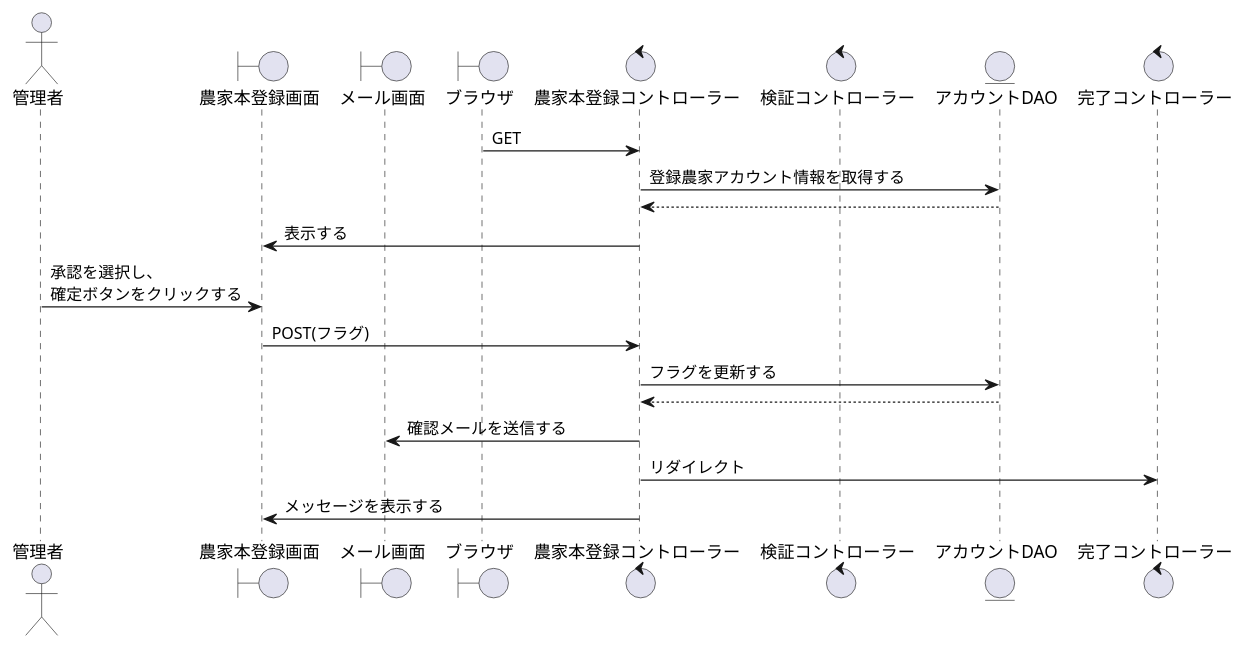
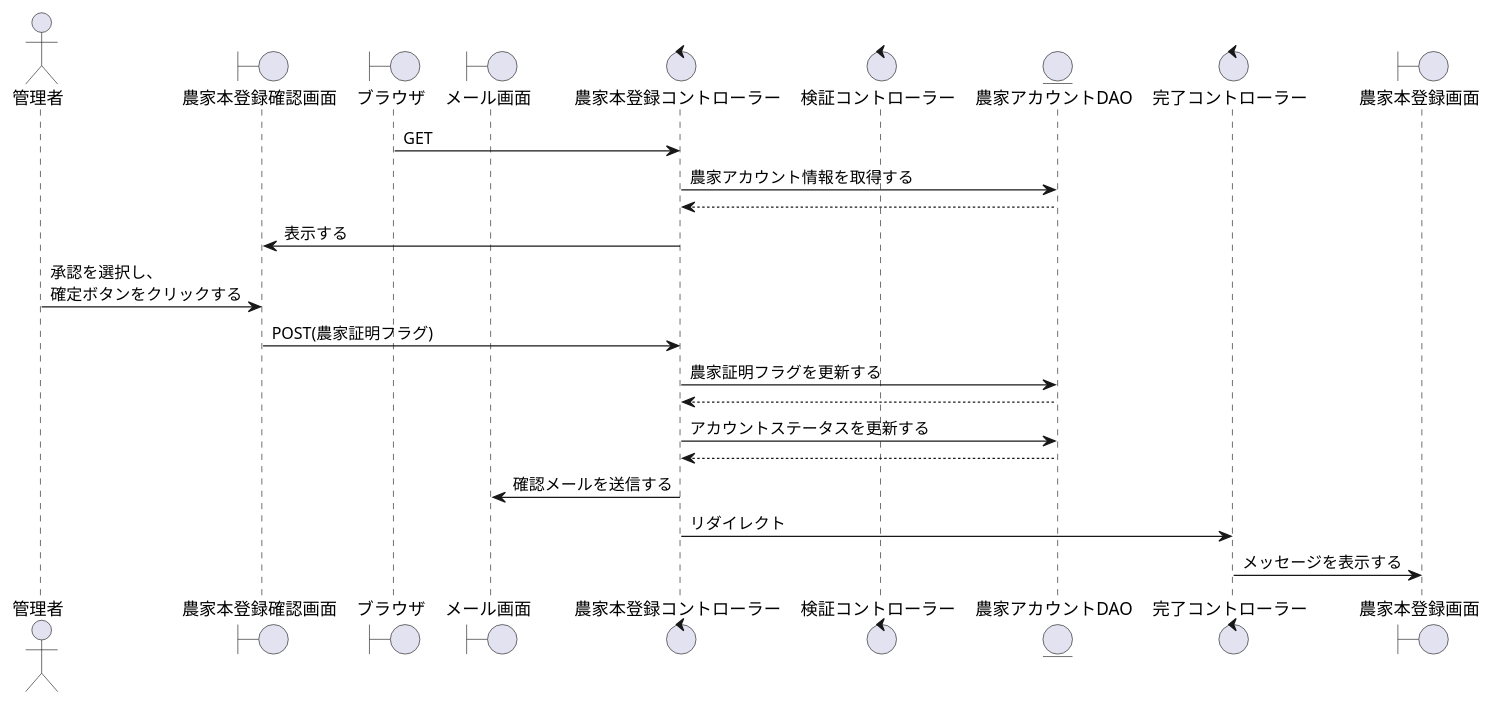
The diagram in PJ_シーケンス/管理者/農家本登録確認.wsd (SK-B-S/PJ), drawn with PlantUML before and after one commit. The commit also changed 13 other files, not shown here.

```diff
--- a/PJ_シーケンス/管理者/農家本登録確認.wsd
+++ b/PJ_シーケンス/管理者/農家本登録確認.wsd
@@ -1,27 +1,30 @@
-@startuml 農家本登録
+@startuml 農家本登録の確認
 
 actor    "管理者" as act
-boundary "農家本登録画面" as Farmer_s
+boundary "農家本登録確認画面" as Farmer_s
+boundary "ブラウザ" as brz
 boundary "メール画面" as mail
-boundary "ブラウザ" as brz
 control  "農家本登録コントローラー" as Farmer_c
 control  "検証コントローラー" as verification_c
 control  "完了コントローラー" as completion_c
-entity   "アカウントDAO" as account_DAO
+entity   "農家アカウントDAO" as account_DAO
 control  "完了コントローラー" as completion_c
+boundary "農家本登録画面" as Farmers_s
 
 '-------------------------------------------------------------------------------------------
 
 brz -> Farmer_c : GET
-Farmer_c -> account_DAO : 登録農家アカウント情報を取得する
+Farmer_c -> account_DAO : 農家アカウント情報を取得する
 Farmer_c <-- account_DAO
 Farmer_s <- Farmer_c : 表示する
 act -> Farmer_s : 承認を選択し、\n確定ボタンをクリックする
-Farmer_s -> Farmer_c : POST(フラグ)
-Farmer_c -> account_DAO : フラグを更新する
+Farmer_s -> Farmer_c : POST(農家証明フラグ)
+Farmer_c -> account_DAO : 農家証明フラグを更新する
+account_DAO --> Farmer_c
+Farmer_c -> account_DAO : アカウントステータスを更新する
 account_DAO --> Farmer_c
 Farmer_c -> mail : 確認メールを送信する
 Farmer_c -> completion_c : リダイレクト
-Farmer_c -> Farmer_s : メッセージを表示する
+completion_c -> Farmers_s : メッセージを表示する
 
 @enduml
```
